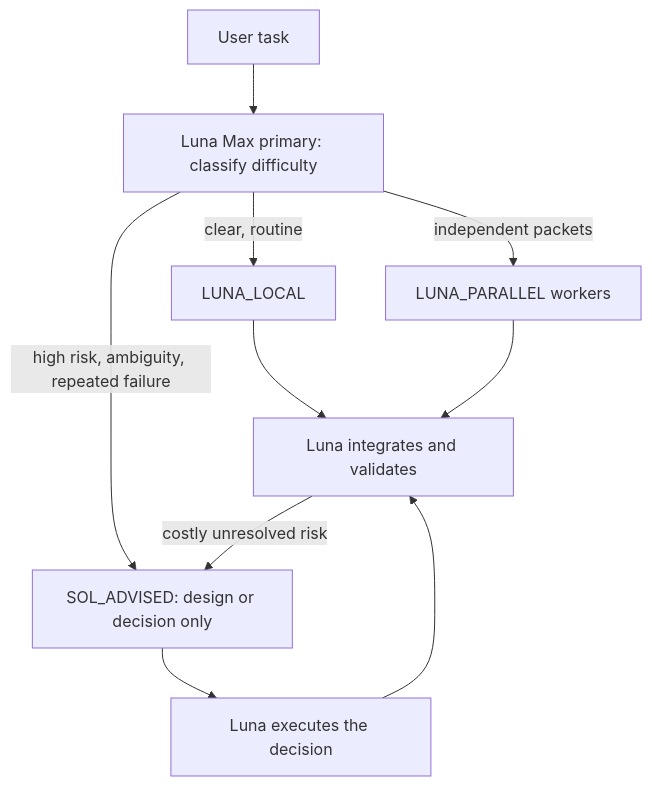
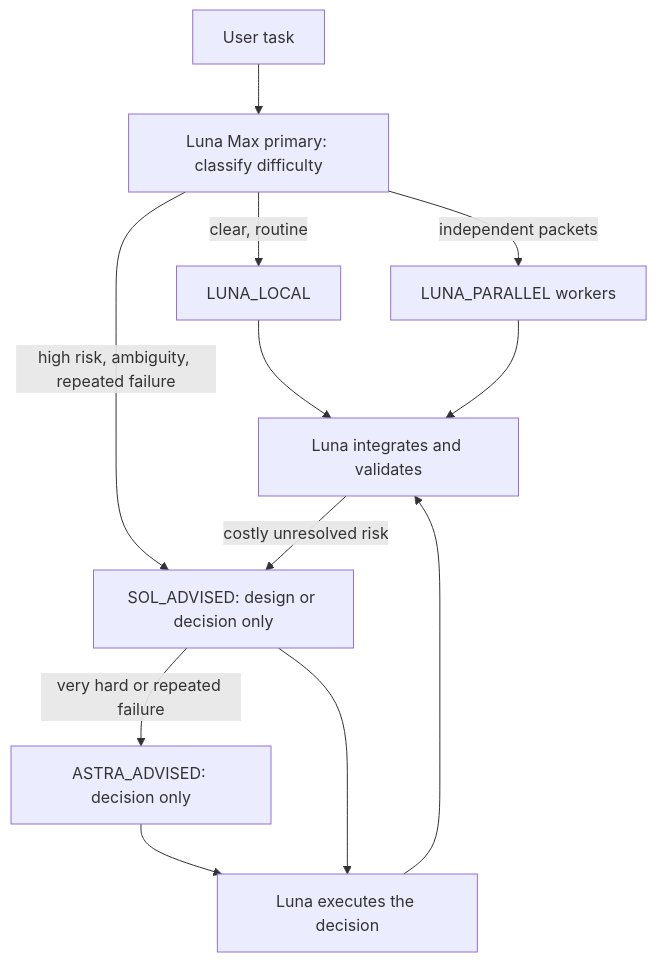
One commit to AnappleO/sol-luna-engineering-workflow changed the diagram in README.en.md. Above: the diagram before and after it, drawn with Mermaid. The commit also changed other lines of this file and 7 other files, not shown here.

````diff
--- a/README.en.md
+++ b/README.en.md
@@ -11,12 +11,14 @@
 ```mermaid
 flowchart TD
     U["User task"] --> L["Luna Max primary: classify difficulty"]
     L -->|clear, routine| E["LUNA_LOCAL"]
     L -->|independent packets| P["LUNA_PARALLEL workers"]
     L -->|high risk, ambiguity, repeated failure| S["SOL_ADVISED: design or decision only"]
+    S -->|very hard or repeated failure| A["ASTRA_ADVISED: decision only"]
+    A --> X
     S --> X["Luna executes the decision"]
     E --> V["Luna integrates and validates"]
     P --> V
     X --> V
     V -->|costly unresolved risk| S
 ```
````
